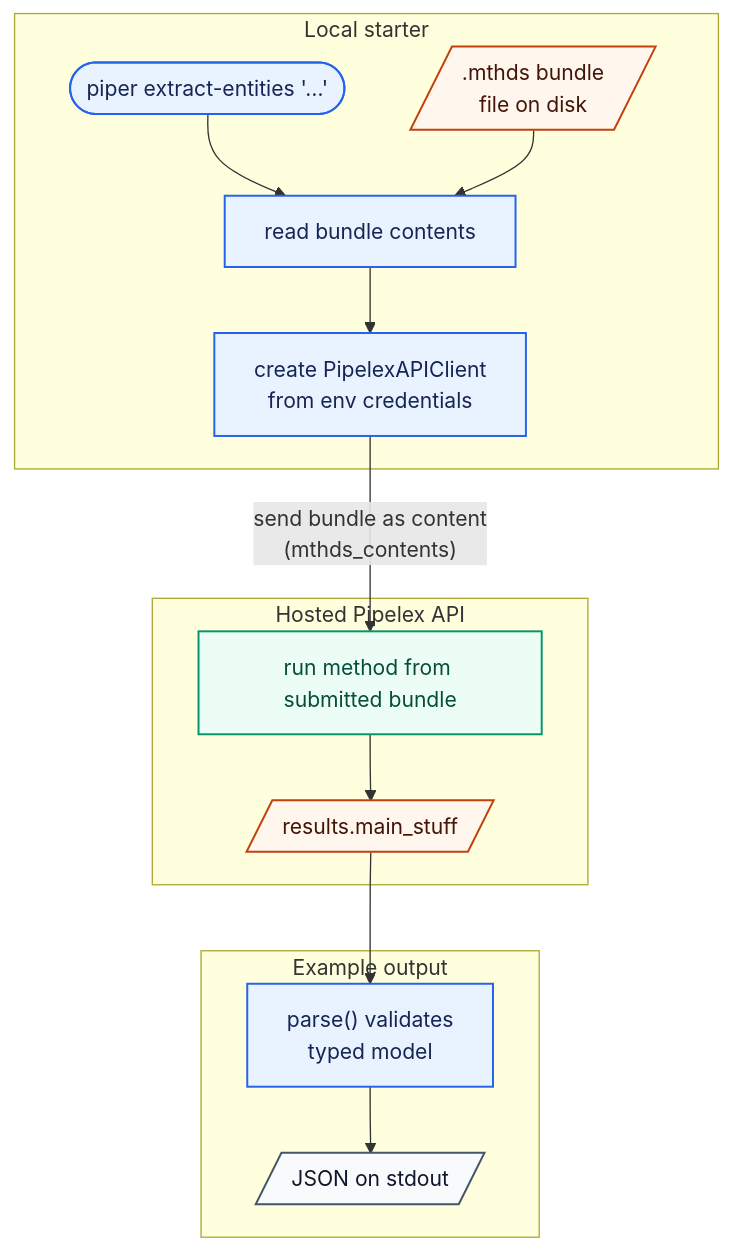
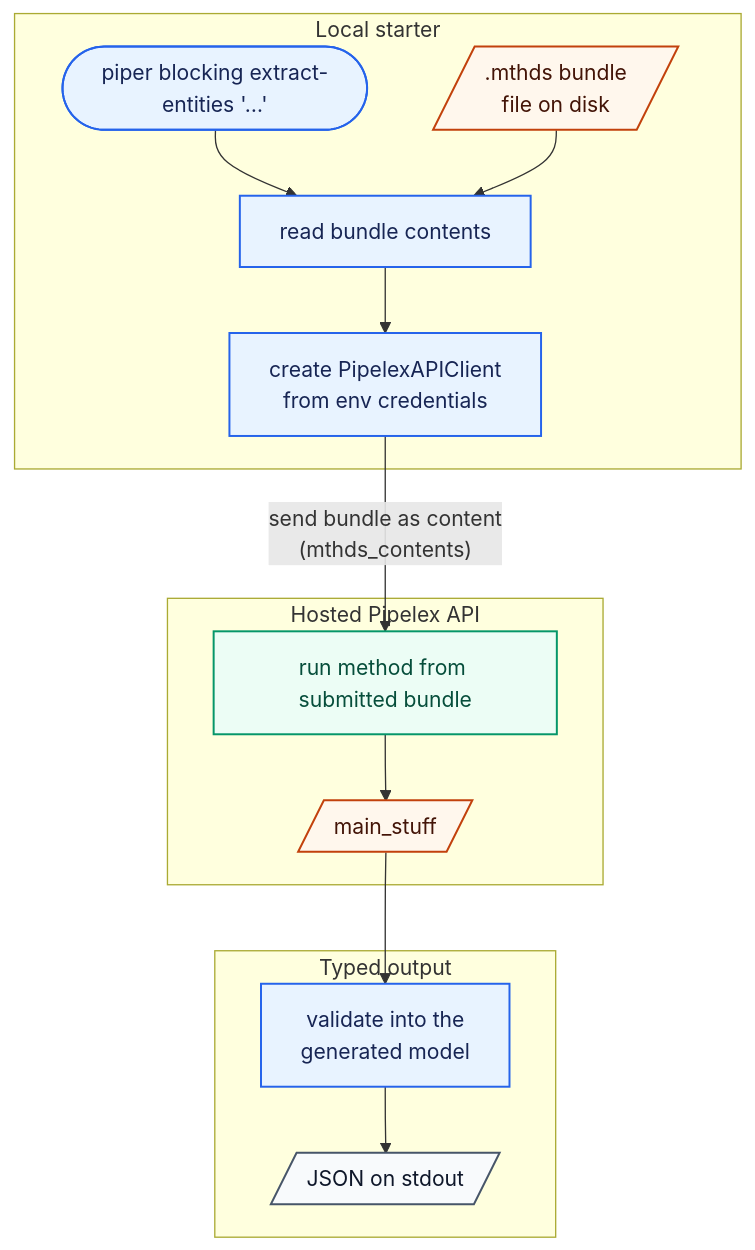
One commit to Pipelex/pipelex-starter-python changed the first of 5 diagrams in README.md. Above: the diagram before and after it, drawn with Mermaid. The commit also changed other lines of this file and 53 other files, not shown here.

First line of the commit message:
Codegen: typed clients, restructured CLI modes, detached durable runs (#62)

````diff
--- a/README.md
+++ b/README.md
@@ -117,32 +125,32 @@
 ```mermaid
 flowchart TD
     subgraph Local["Local starter"]
-        CLI(["piper extract-entities '…'"]):::operation
+        CLI(["piper blocking extract-entities '…'"]):::operation
         Bundle[/" .mthds bundle<br/>file on disk "/]:::data
         Read["read bundle contents"]:::operation
         Client["create PipelexAPIClient<br/>from env credentials"]:::operation
     end
 
     subgraph Hosted["Hosted Pipelex API"]
         Run["run method from submitted bundle"]:::service
-        MainStuff[/" results.main_stuff "/]:::data
+        MainStuff[/" main_stuff "/]:::data
     end
 
-    subgraph Output["Example output"]
-        Parse["parse() validates<br/>typed model"]:::operation
+    subgraph Output["Typed output"]
+        Parse["validate into the<br/>generated model"]:::operation
         JSON[/" JSON on stdout "/]:::terminal
     end
 
     CLI --> Read
     Bundle --> Read
     Read --> Client
     Client -->|"send bundle as content<br/>(mthds_contents)"| Run
     Run --> MainStuff
     MainStuff --> Parse
     Parse --> JSON
 
     classDef operation fill:#e8f3ff,stroke:#2563eb,stroke-width:1.5px,color:#172554
     classDef data fill:#fff7ed,stroke:#c2410c,stroke-width:1.5px,color:#431407
     classDef service fill:#ecfdf5,stroke:#059669,stroke-width:1.5px,color:#064e3b
     classDef terminal fill:#f8fafc,stroke:#475569,stroke-width:1.5px,color:#0f172a
 ```
````
